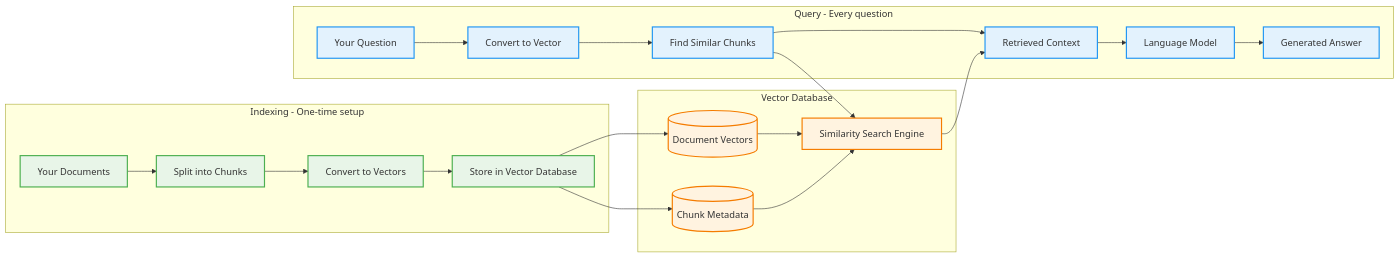
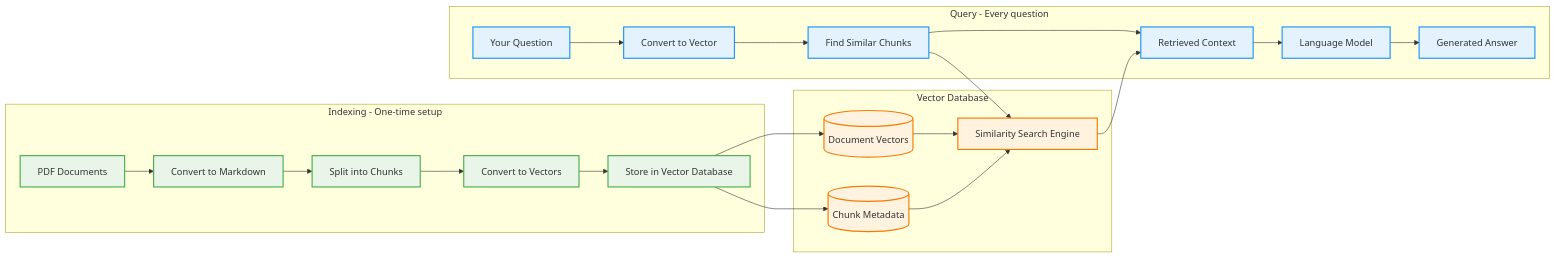
One commit to GRJX/rag-chat changed the diagram in README.md. Above: the diagram before and after it, drawn with Mermaid. The commit also changed other lines of this file and 13 other files, not shown here.

````diff
--- a/README.md
+++ b/README.md
@@ -9,38 +9,39 @@
 ```mermaid
 flowchart LR
     subgraph INDEXING ["Indexing - One-time setup"]
-        FILES[Your Documents] --> CHUNK[Split into Chunks]
+        FILES[PDF Documents] --> MD[Convert to Markdown]
+        MD --> CHUNK[Split into Chunks]
         CHUNK --> EMBED[Convert to Vectors]
         EMBED --> STORE[Store in Vector Database]
     end
-    
+
     subgraph QUERY ["Query - Every question"]
         QUESTION[Your Question] --> QEMBED[Convert to Vector]
         QEMBED --> SEARCH[Find Similar Chunks]
         SEARCH --> CONTEXT[Retrieved Context]
         CONTEXT --> LLM[Language Model]
         LLM --> ANSWER[Generated Answer]
     end
-    
+
     subgraph DATABASE ["Vector Database"]
         VECTORS[(Document Vectors)]
         METADATA[(Chunk Metadata)]
         SIMILARITY[Similarity Search Engine]
     end
-    
+
     STORE --> VECTORS
     STORE --> METADATA
     VECTORS --> SIMILARITY
     METADATA --> SIMILARITY
     SEARCH --> SIMILARITY
     SIMILARITY --> CONTEXT
-    
+
     %% Styling
     classDef indexPhase fill:#e8f5e8,stroke:#4caf50,stroke-width:2px
     classDef queryPhase fill:#e3f2fd,stroke:#2196f3,stroke-width:2px
     classDef dbPhase fill:#fff3e0,stroke:#f57c00,stroke-width:2px
-    
-    class FILES,CHUNK,EMBED,STORE indexPhase
+
+    class FILES,MD,CHUNK,EMBED,STORE indexPhase
     class QUESTION,QEMBED,SEARCH,CONTEXT,LLM,ANSWER queryPhase
     class VECTORS,METADATA,SIMILARITY dbPhase
 ```
````
